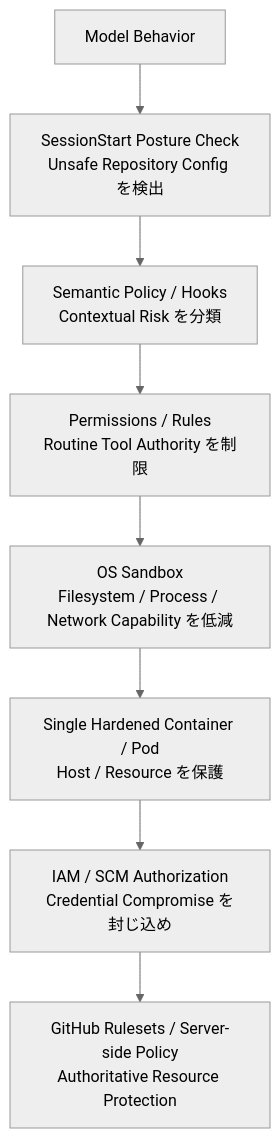
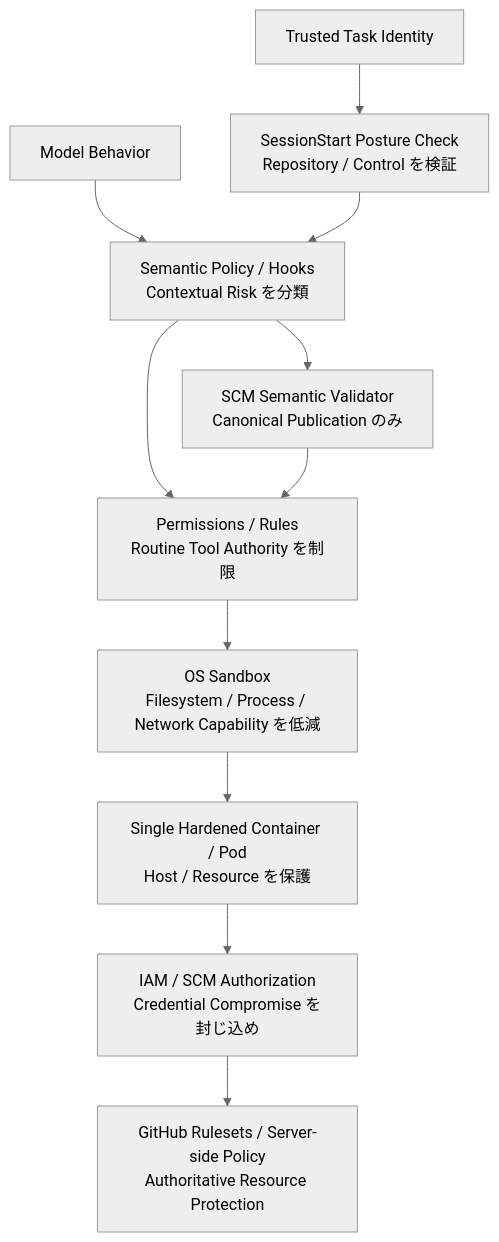
One commit to tomo-chan/agent-harness changed the diagram in docs/ja/03-security-model.md. Above: the diagram before and after it, drawn with Mermaid (neutral theme). The commit also changed other lines of this file, not shown here.

Commit message:
docs: Trusted IdentityとCanonical SCM Security Controlを日本語Security Modelへ反映

````diff
--- a/docs/ja/03-security-model.md
+++ b/docs/ja/03-security-model.md
@@ -13,10 +13,13 @@
 ```mermaid
 flowchart TD
-    M[Model Behavior] --> SS[SessionStart Posture Check<br/>Unsafe Repository Config を検出]
-    SS --> H[Semantic Policy / Hooks<br/>Contextual Risk を分類]
+    T[Trusted Task Identity] --> SS[SessionStart Posture Check<br/>Repository / Control を検証]
+    M[Model Behavior] --> H[Semantic Policy / Hooks<br/>Contextual Risk を分類]
+    SS --> H
+    H --> SV[SCM Semantic Validator<br/>Canonical Publication のみ]
     H --> P[Permissions / Rules<br/>Routine Tool Authority を制限]
+    SV --> P
     P --> S[OS Sandbox<br/>Filesystem / Process / Network Capability を低減]
     S --> C[Single Hardened Container / Pod<br/>Host / Resource を保護]
     C --> I[IAM / SCM Authorization<br/>Credential Compromise を封じ込め]
     I --> R[GitHub Rulesets / Server-side Policy<br/>Authoritative Resource Protection]
 ```
````
